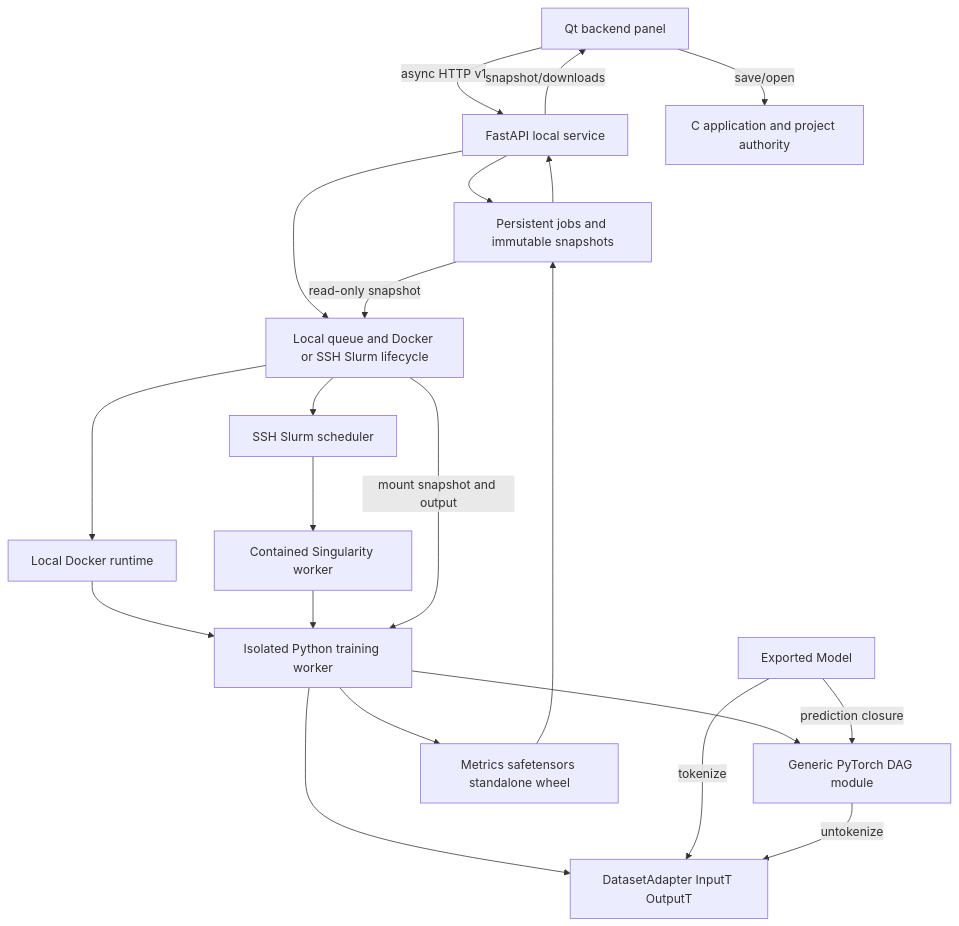
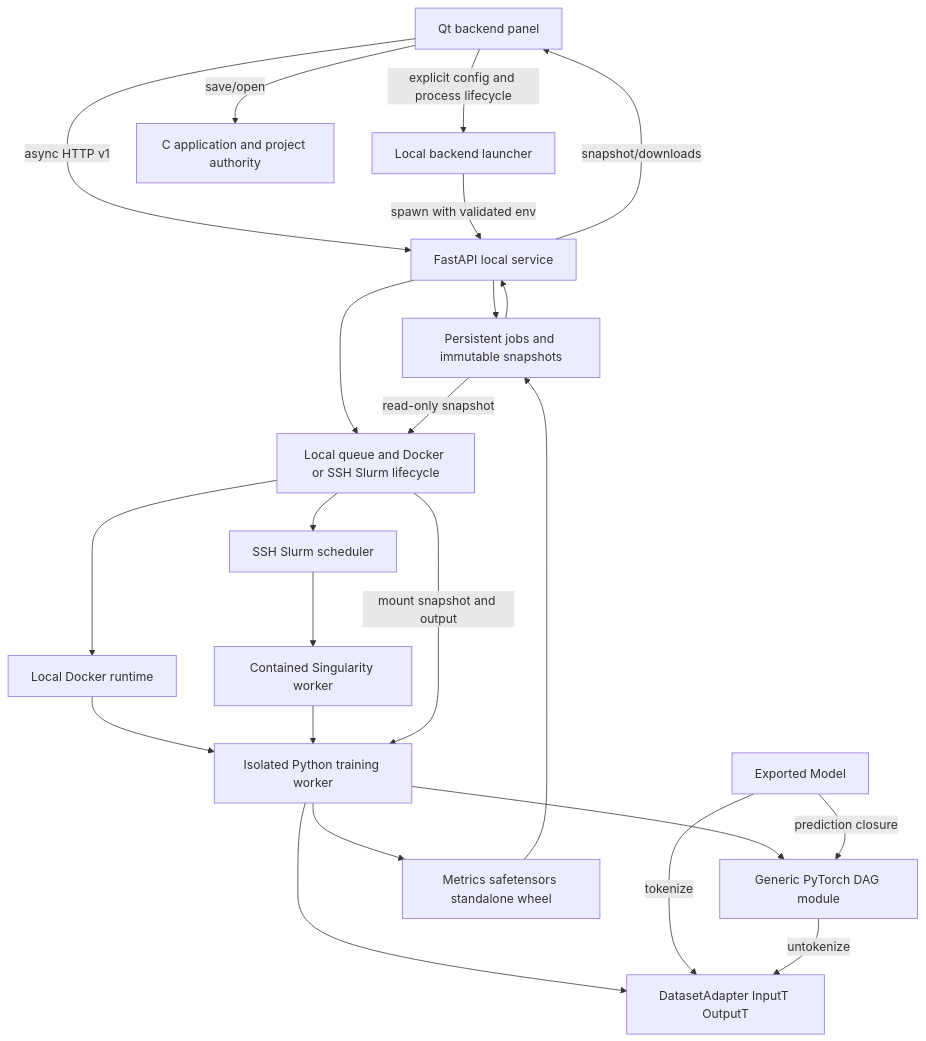
Before and after one commit to LucaSforza/nnmodelling-ui: the diagram in docs/knowledge/uml/backend.md, drawn with Mermaid. The commit also changed other lines of this file and 15 other files, not shown here.

Commit message:
feat: configure local Slurm backend in UI

````diff
--- a/docs/knowledge/uml/backend.md
+++ b/docs/knowledge/uml/backend.md
@@ -7,23 +7,25 @@
 ```mermaid
   flowchart TD
     UI[Qt backend panel] -->|async HTTP v1| API[FastAPI local service]
+    UI -->|explicit config and process lifecycle| Launcher[Local backend launcher]
+    Launcher -->|spawn with validated env| API
     UI -->|save/open| C[C application and project authority]
     API --> Store[Persistent jobs and immutable snapshots]
     API --> Runner[Local queue and Docker or SSH Slurm lifecycle]
     Runner --> Scheduler[SSH Slurm scheduler]
     Scheduler --> SIF[Contained Singularity worker]
     Runner --> Docker[Local Docker runtime]
     Docker --> Worker[Isolated Python training worker]
     SIF --> Worker
     Store -->|read-only snapshot| Runner
     Runner -->|mount snapshot and output| Worker
     Worker --> Graph[Generic PyTorch DAG module]
     Worker --> Adapter[DatasetAdapter InputT OutputT]
     Worker --> Artifacts[Metrics safetensors standalone wheel]
     Artifacts --> Store
     Store --> API
     API -->|snapshot/downloads| UI
     Wheel[Exported Model] -->|tokenize| Adapter
     Wheel -->|prediction closure| Graph
     Graph -->|untokenize| Adapter
 ```
````
